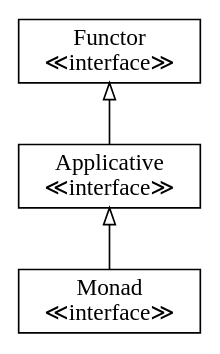
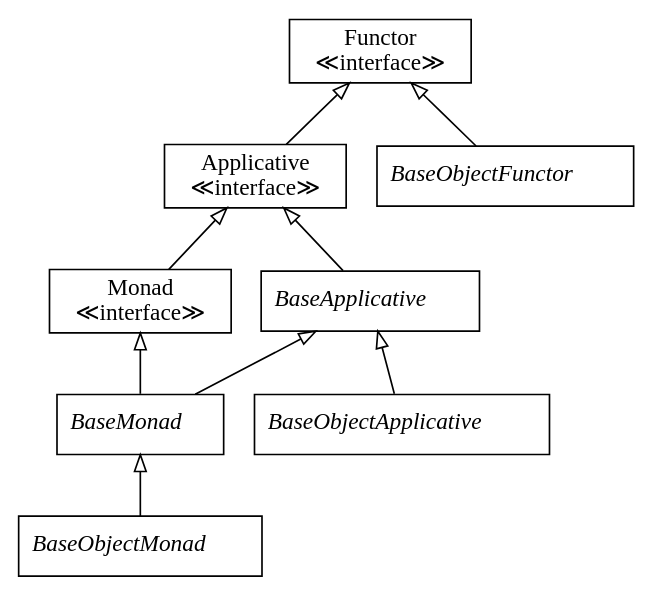
Before and after one commit to tmciver/functional-php: the diagram in docs/img/dot/typeclasses-impl.dot, drawn with Graphviz.

Commit message:
Add abstract classes into the typeclass-impl diagram.

```diff
--- a/docs/img/dot/typeclasses-impl.dot
+++ b/docs/img/dot/typeclasses-impl.dot
@@ -1,24 +1,54 @@
 digraph Typeclasses {
         node [
              shape = "record"
         ]
 
         edge [
              arrowtail = "empty"
         ]
 
         Functor [
              label = "Functor\n&#x226a;interface&#x226b;"
         ]
 
         Applicative [
              label = "Applicative\n&#x226a;interface&#x226b;"
         ]
 
         Monad [
              label = "Monad\n&#x226a;interface&#x226b;"
         ]
 
+        BaseApplicative [
+             label = <{<i>BaseApplicative</i>}>
+        ]
+
+        BaseMonad [
+             label = <{<i>BaseMonad</i>}>
+        ]
+
+        BaseObjectFunctor [
+             label = <{<i>BaseObjectFunctor</i>}>
+        ]
+
+        BaseObjectApplicative [
+             label = <{<i>BaseObjectApplicative</i>}>
+        ]
+
+        BaseObjectMonad [
+             label = <{<i>BaseObjectMonad</i>}>
+        ]
+
         Functor -> Applicative [dir = back]
         Applicative -> Monad [dir = back]
+        Applicative -> BaseApplicative [dir = back]
+
+        BaseApplicative -> BaseMonad [dir = back]
+        Monad -> BaseMonad [dir = back]
+
+        Functor -> BaseObjectFunctor [dir = back]
+
+        BaseApplicative -> BaseObjectApplicative [dir = back]
+
+        BaseMonad -> BaseObjectMonad [dir = back]
 }
```
